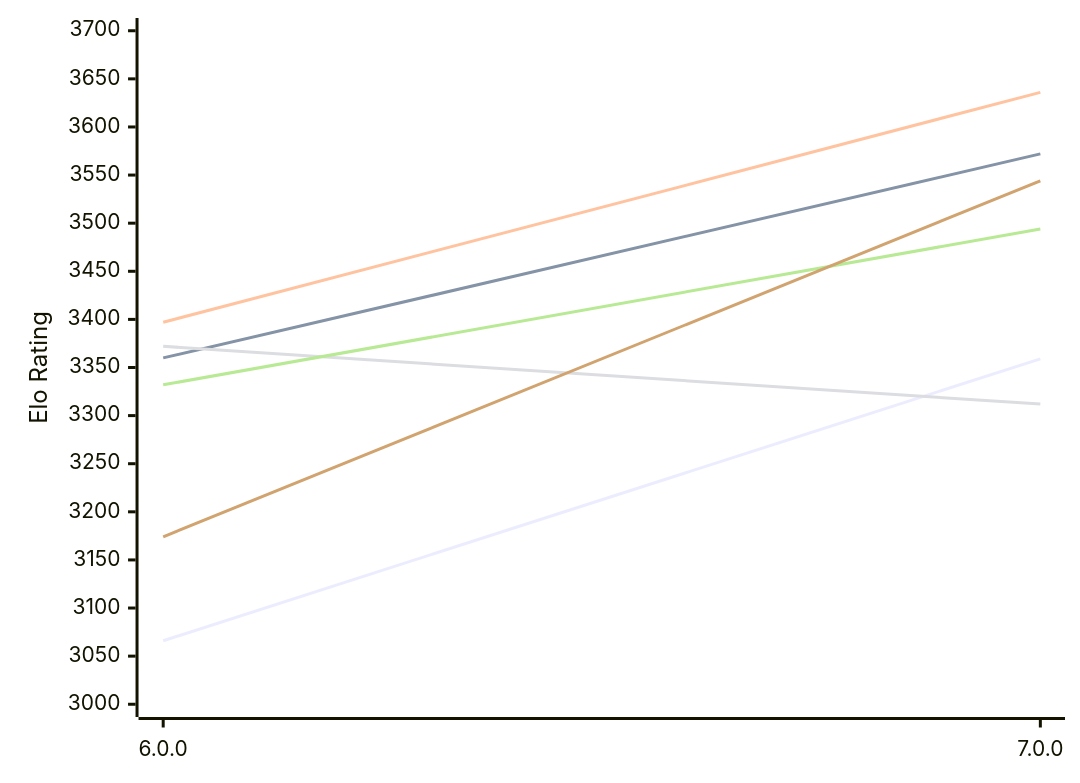
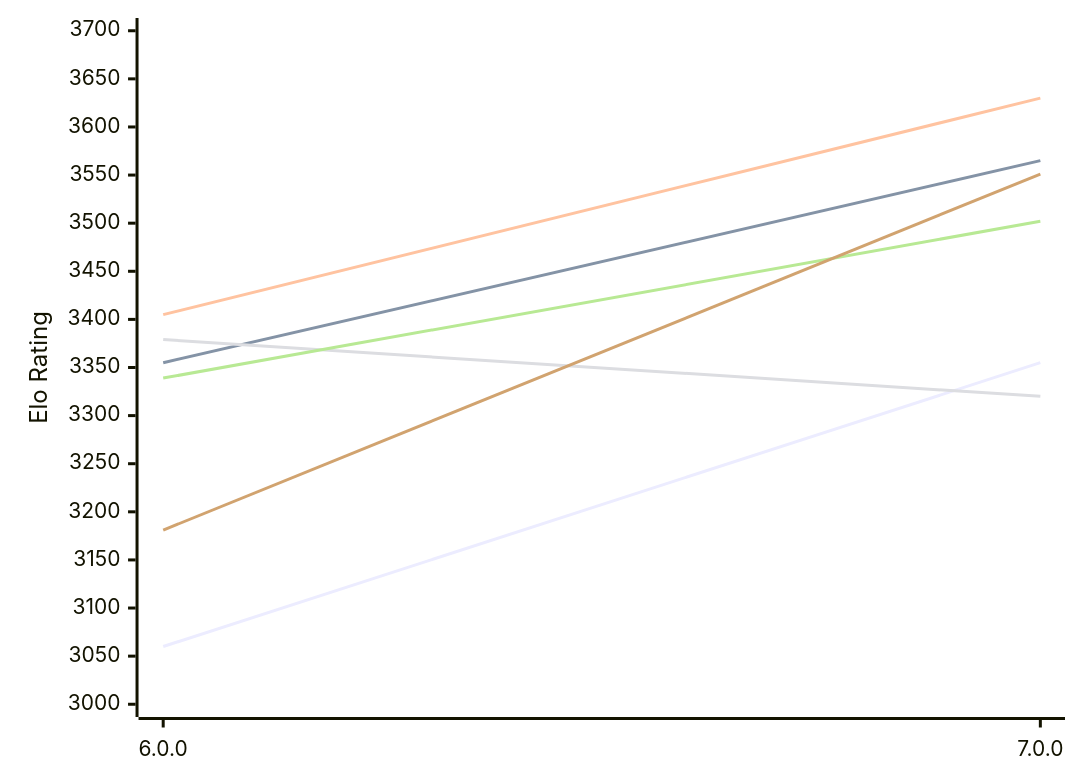
One commit to computer-chess-index/cci changed the first of 2 diagrams in engines/Minke.md. Above: the diagram before and after it, drawn with Mermaid. The commit also changed other lines of this file, not shown here.

Commit message:
Update CCI Ratings (ELO VLTC) - 2026-11-18

````diff
--- a/engines/Minke.md
+++ b/engines/Minke.md
@@ -53,12 +53,12 @@
 ```mermaid
 %%{init: {"theme":"base","themeVariables":{"seriesColors:['#a3a3a3','#222221','#faa371']}}}%%
 xychart-beta
   x-axis ["6.0.0", "7.0.0"]
   y-axis "Elo Rating" 3000 --> 3700
-  line "E1: STC (8.0+0.08s)" [3066, 3359]
-  line "E1: LTC (60.0+0.60s)" [3360, 3572]
-  line "E1: VLTC (2m24s+1.12s)" [3397, 3636]
-  line "P1: STC (8.0+0.08s)" [3372, 3312]
-  line "P1: LTC (60.0+0.60s)" [3332, 3494]
-  line "P1: VLTC (2m24s+1.12s)" [3174, 3544]
+  line "E1: STC (8.0+0.08s)" [3060, 3355]
+  line "E1: LTC (60.0+0.60s)" [3355, 3565]
+  line "E1: VLTC (2m24s+1.12s)" [3405, 3630]
+  line "P1: STC (8.0+0.08s)" [3379, 3320]
+  line "P1: LTC (60.0+0.60s)" [3339, 3502]
+  line "P1: VLTC (2m24s+1.12s)" [3181, 3551]
 ```
````
